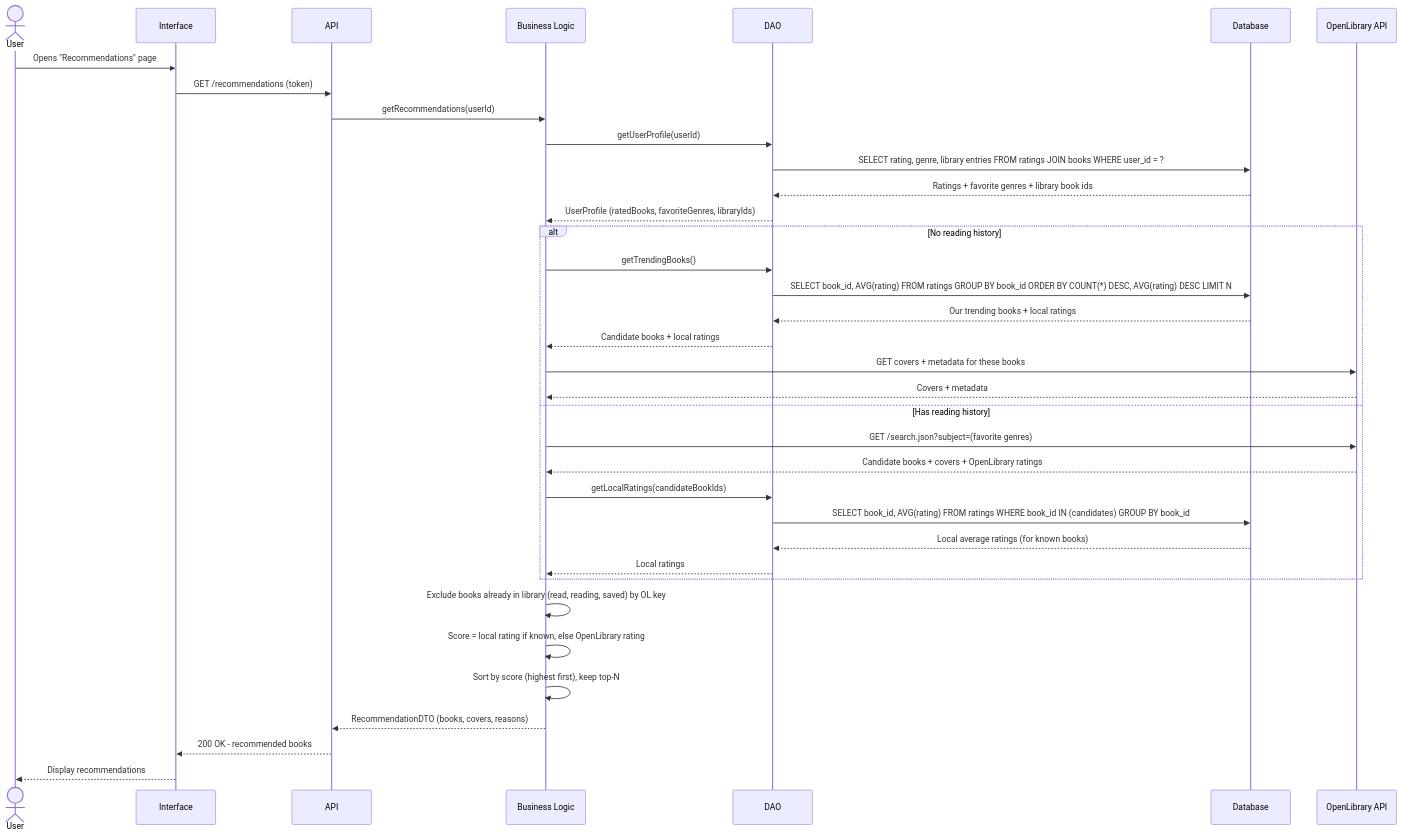
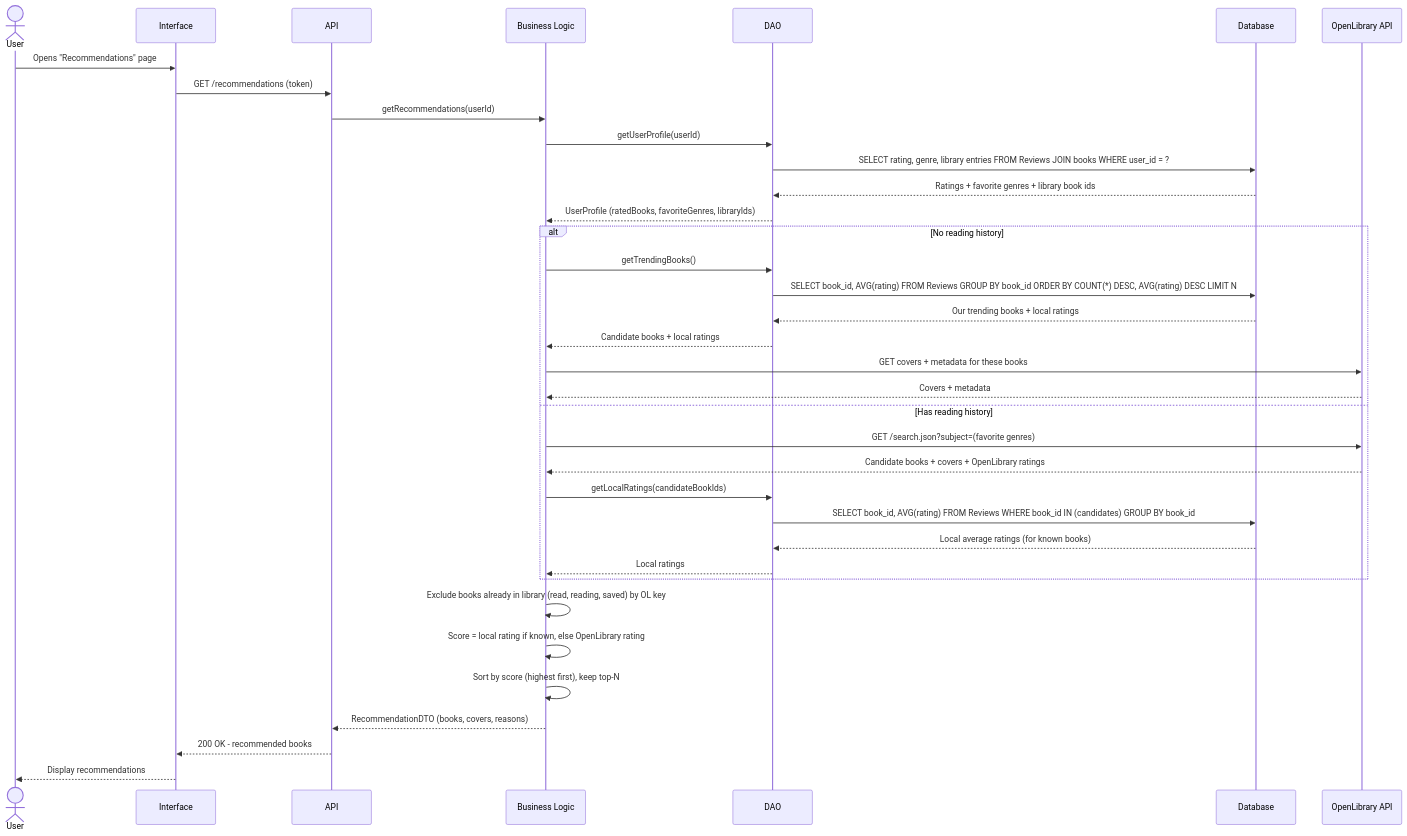
Before and after one commit to kevinbrgl/ensai-it-project-2a-team-27-: the diagram in doc/sequence_diagram_f5B.md, drawn with Mermaid.

Commit message:
màj f5

````diff
--- a/doc/sequence_diagram_f5B.md
+++ b/doc/sequence_diagram_f5B.md
@@ -1,45 +1,45 @@
 ```mermaid
 sequenceDiagram
     actor User
 
     participant Interface
     participant API
     participant BL as Business Logic
     participant DAO
     participant DB as Database
     participant OL as OpenLibrary API
 
     User->>Interface: Opens "Recommendations" page
     Interface->>API: GET /recommendations (token)
     API->>BL: getRecommendations(userId)
 
     BL->>DAO: getUserProfile(userId)
-    DAO->>DB: SELECT rating, genre, library entries FROM ratings JOIN books WHERE user_id = ?
+    DAO->>DB: SELECT rating, genre, library entries FROM Reviews JOIN books WHERE user_id = ?
     DB-->>DAO: Ratings + favorite genres + library book ids
     DAO-->>BL: UserProfile (ratedBooks, favoriteGenres, libraryIds)
 
     alt No reading history
         BL->>DAO: getTrendingBooks()
-        DAO->>DB: SELECT book_id, AVG(rating) FROM ratings GROUP BY book_id ORDER BY COUNT(*) DESC, AVG(rating) DESC LIMIT N
+        DAO->>DB: SELECT book_id, AVG(rating) FROM Reviews GROUP BY book_id ORDER BY COUNT(*) DESC, AVG(rating) DESC LIMIT N
         DB-->>DAO: Our trending books + local ratings
         DAO-->>BL: Candidate books + local ratings
         BL->>OL: GET covers + metadata for these books
         OL-->>BL: Covers + metadata
 
     else Has reading history
         BL->>OL: GET /search.json?subject=(favorite genres)
         OL-->>BL: Candidate books + covers + OpenLibrary ratings
         BL->>DAO: getLocalRatings(candidateBookIds)
-        DAO->>DB: SELECT book_id, AVG(rating) FROM ratings WHERE book_id IN (candidates) GROUP BY book_id
+        DAO->>DB: SELECT book_id, AVG(rating) FROM Reviews WHERE book_id IN (candidates) GROUP BY book_id
         DB-->>DAO: Local average ratings (for known books)
         DAO-->>BL: Local ratings
     end
 
     BL->>BL: Exclude books already in library (read, reading, saved) by OL key
     BL->>BL: Score = local rating if known, else OpenLibrary rating
     BL->>BL: Sort by score (highest first), keep top-N
 
     BL-->>API: RecommendationDTO (books, covers, reasons)
     API-->>Interface: 200 OK - recommended books
     Interface-->>User: Display recommendations
 ```
````
